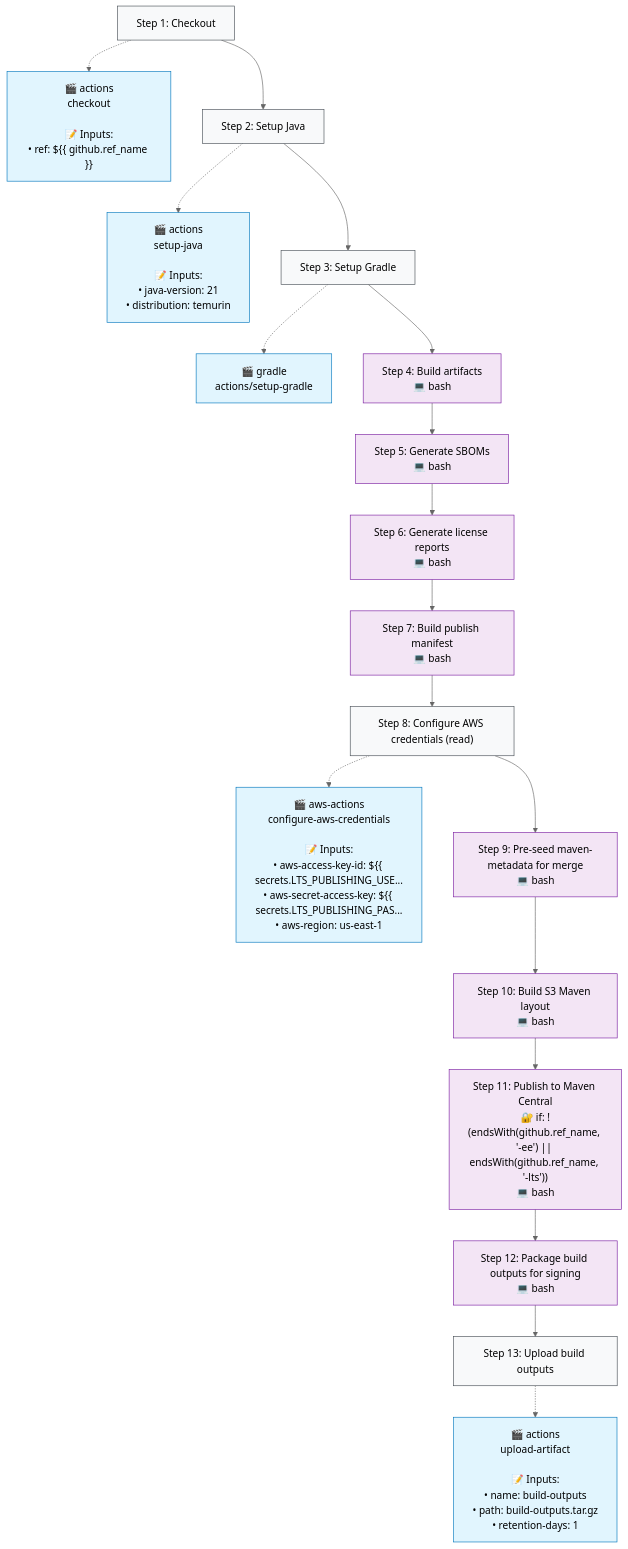
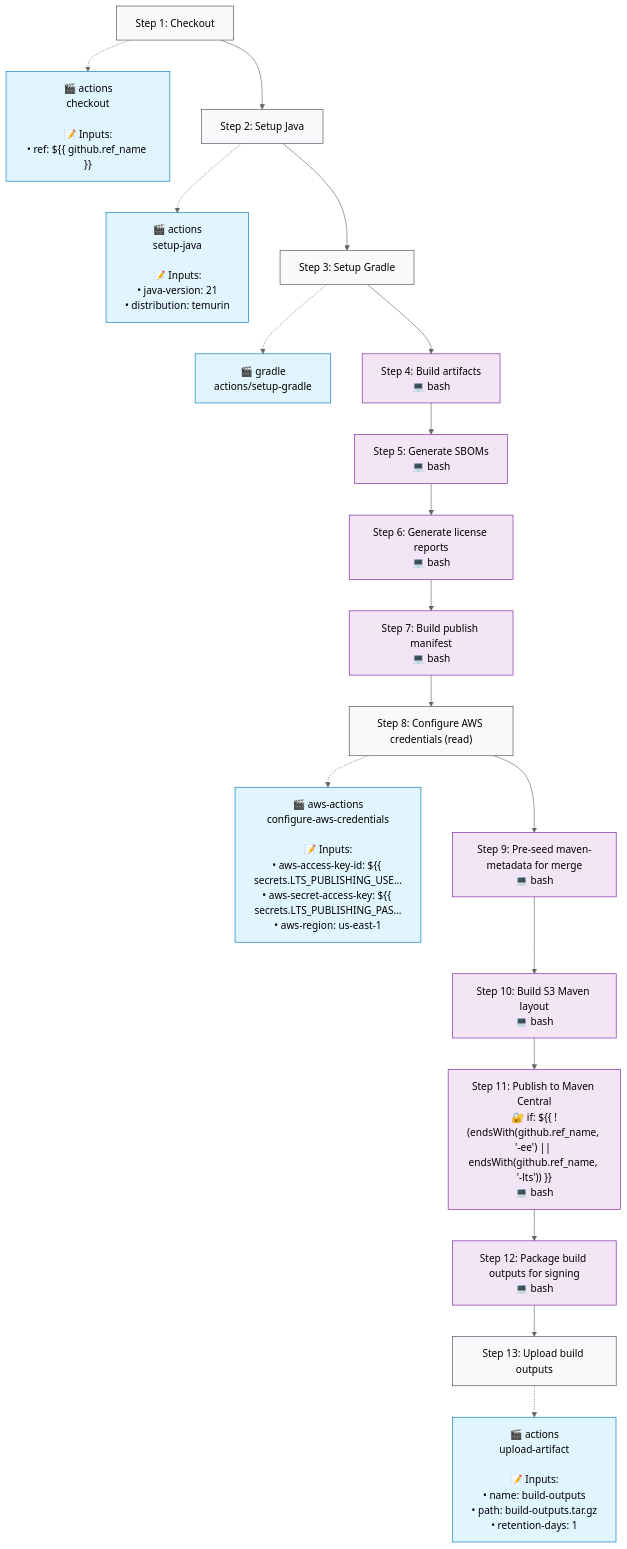
One commit to http4k/http4k changed the second of 4 diagrams in .github/typeflows/publish-artifacts/README.md. Above: the diagram before and after it, drawn with Mermaid (neutral theme). The commit also changed 6 other files, not shown here.

````diff
--- a/.github/typeflows/publish-artifacts/README.md
+++ b/.github/typeflows/publish-artifacts/README.md
@@ -26,57 +26,57 @@
 ```mermaid
 %%{init: {"flowchart": {"curve": "basis"}}}%%
 flowchart TD
     step1["Step 1: Checkout"]
     style step1 fill:#f8f9fa,stroke:#495057
     action1["🎬 actions<br/>checkout<br/><br/>📝 Inputs:<br/>• ref: ${{ github.ref_name }}"]
     style action1 fill:#e1f5fe,stroke:#0277bd
     step1 -.-> action1
     step2["Step 2: Setup Java"]
     style step2 fill:#f8f9fa,stroke:#495057
     action2["🎬 actions<br/>setup-java<br/><br/>📝 Inputs:<br/>• java-version: 21<br/>• distribution: temurin"]
     style action2 fill:#e1f5fe,stroke:#0277bd
     step2 -.-> action2
     step1 --> step2
     step3["Step 3: Setup Gradle"]
     style step3 fill:#f8f9fa,stroke:#495057
     action3["🎬 gradle<br/>actions/setup-gradle"]
     style action3 fill:#e1f5fe,stroke:#0277bd
     step3 -.-> action3
     step2 --> step3
     step4["Step 4: Build artifacts<br/>💻 bash"]
     style step4 fill:#f3e5f5,stroke:#7b1fa2
     step3 --> step4
     step5["Step 5: Generate SBOMs<br/>💻 bash"]
     style step5 fill:#f3e5f5,stroke:#7b1fa2
     step4 --> step5
     step6["Step 6: Generate license reports<br/>💻 bash"]
     style step6 fill:#f3e5f5,stroke:#7b1fa2
     step5 --> step6
     step7["Step 7: Build publish manifest<br/>💻 bash"]
     style step7 fill:#f3e5f5,stroke:#7b1fa2
     step6 --> step7
     step8["Step 8: Configure AWS credentials (read)"]
     style step8 fill:#f8f9fa,stroke:#495057
     action8["🎬 aws-actions<br/>configure-aws-credentials<br/><br/>📝 Inputs:<br/>• aws-access-key-id: ${{ secrets.LTS_PUBLISHING_USE...<br/>• aws-secret-access-key: ${{ secrets.LTS_PUBLISHING_PAS...<br/>• aws-region: us-east-1"]
     style action8 fill:#e1f5fe,stroke:#0277bd
     step8 -.-> action8
     step7 --> step8
     step9["Step 9: Pre-seed maven-metadata for merge<br/>💻 bash"]
     style step9 fill:#f3e5f5,stroke:#7b1fa2
     step8 --> step9
     step10["Step 10: Build S3 Maven layout<br/>💻 bash"]
     style step10 fill:#f3e5f5,stroke:#7b1fa2
     step9 --> step10
-    step11["Step 11: Publish to Maven Central<br/>🔐 if: !(endsWith(github.ref_name, '-ee') || endsWith(github.ref_name, '-lts'))<br/>💻 bash"]
+    step11["Step 11: Publish to Maven Central<br/>🔐 if: ${{ !(endsWith(github.ref_name, '-ee') || endsWith(github.ref_name, '-lts')) }}<br/>💻 bash"]
     style step11 fill:#f3e5f5,stroke:#7b1fa2
     step10 --> step11
     step12["Step 12: Package build outputs for signing<br/>💻 bash"]
     style step12 fill:#f3e5f5,stroke:#7b1fa2
     step11 --> step12
     step13["Step 13: Upload build outputs"]
     style step13 fill:#f8f9fa,stroke:#495057
     action13["🎬 actions<br/>upload-artifact<br/><br/>📝 Inputs:<br/>• name: build-outputs<br/>• path: build-outputs.tar.gz<br/>• retention-days: 1"]
     style action13 fill:#e1f5fe,stroke:#0277bd
     step13 -.-> action13
     step12 --> step13
 ```
````
